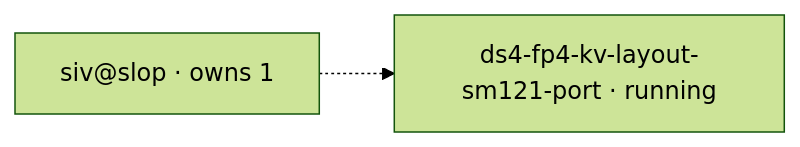
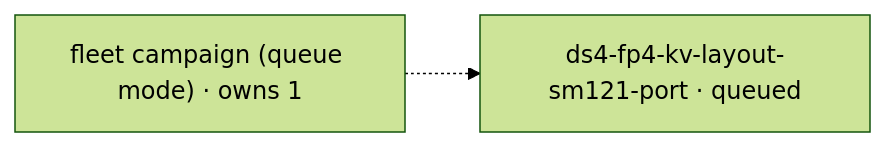
Before and after one commit to littlecedar/sparkrun-recipe-registry: the diagram in mad-science/STATUS.md, drawn with Mermaid (forest theme). The commit also changed other lines of this file, not shown here.

````diff
--- a/mad-science/STATUS.md
+++ b/mad-science/STATUS.md
@@ -22,8 +22,8 @@
 ```mermaid
 flowchart LR
-  %% 0 blocked, 0 blocker edge(s), 1 drained by siv@slop (1)
-  r1["siv@slop · owns 1"]
-  t1["ds4-fp4-kv-layout-sm121-port · running"]
+  %% 0 blocked, 0 blocker edge(s), 1 drained by fleet campaign (queue mode) (1)
+  r1["fleet campaign (queue mode) · owns 1"]
+  t1["ds4-fp4-kv-layout-sm121-port · queued"]
   r1 -.-> t1
   classDef no-recorded-edge stroke-dasharray: 4 3
 ```
````
